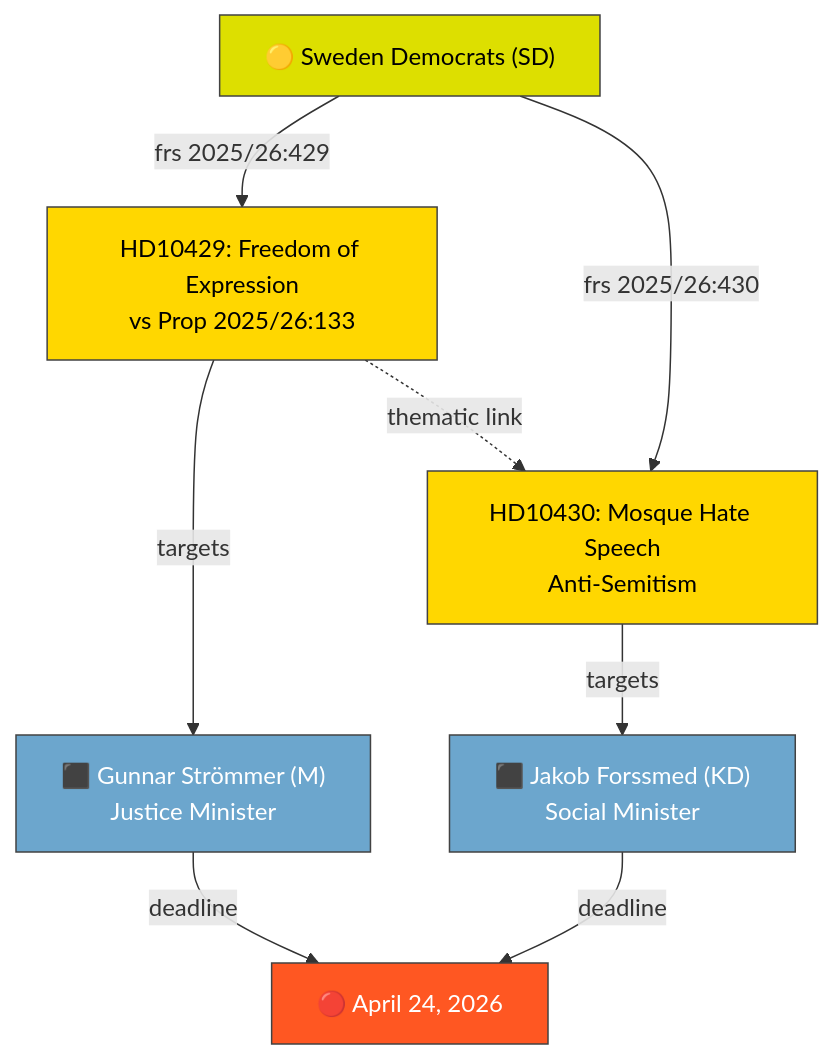
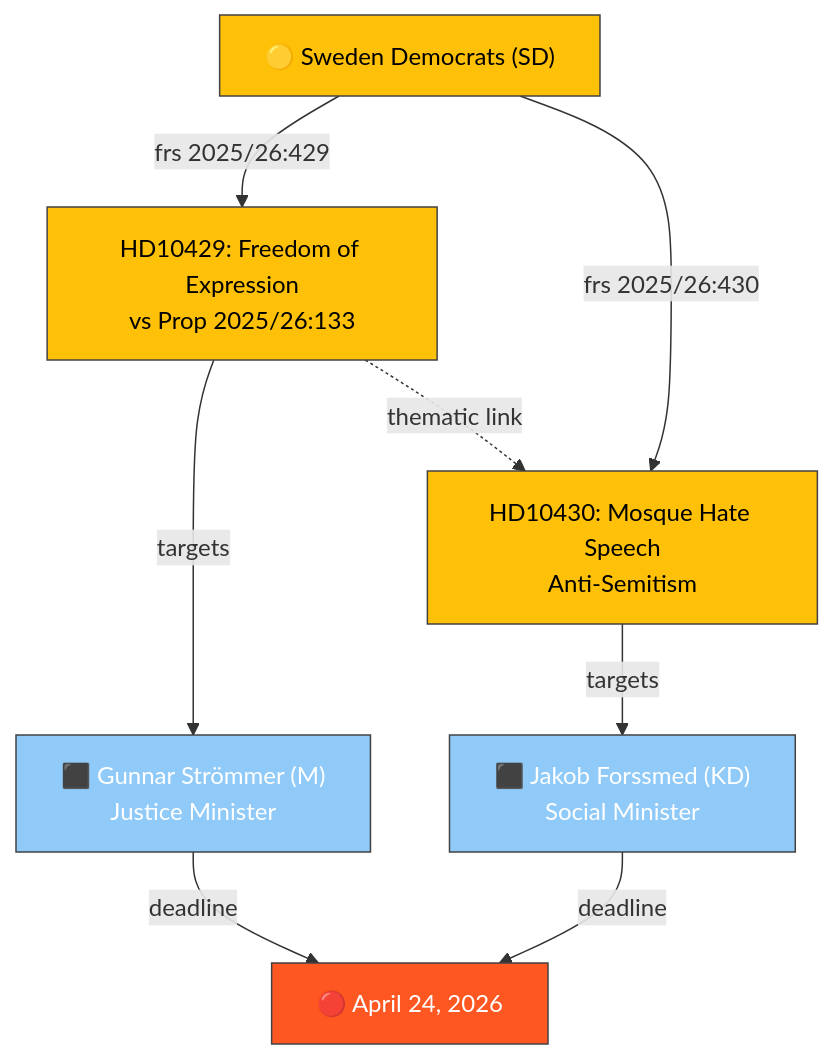
Before and after one commit to Hack23/riksdagsmonitor: the diagram in analysis/daily/2026-04-13/interpellations/synthesis-summary.md, drawn with Mermaid. The commit also changed 121 other files, not shown here.

````diff
--- a/analysis/daily/2026-04-13/interpellations/synthesis-summary.md
+++ b/analysis/daily/2026-04-13/interpellations/synthesis-summary.md
@@ -44,21 +44,21 @@
 ```mermaid
 graph TD
     SD["🟡 Sweden Democrats (SD)"]
     SD -->|"frs 2025/26:429"| IP1["HD10429: Freedom of Expression<br/>vs Prop 2025/26:133"]
     SD -->|"frs 2025/26:430"| IP2["HD10430: Mosque Hate Speech<br/>Anti-Semitism"]
     
     IP1 -->|"targets"| MS["⬛ Gunnar Strömmer (M)<br/>Justice Minister"]
     IP2 -->|"targets"| JF["⬛ Jakob Forssmed (KD)<br/>Social Minister"]
     
     IP1 -.->|"thematic link"| IP2
     
     MS -->|"deadline"| D1["🔴 April 24, 2026"]
     JF -->|"deadline"| D1
     
-    style SD fill:#DDDF00,stroke:#424242,color:#000000
-    style MS fill:#6CA6CD,stroke:#424242,color:#FFFFFF
-    style JF fill:#6CA6CD,stroke:#424242,color:#FFFFFF
+    style SD fill:#FFC107,stroke:#424242,color:#000000
+    style MS fill:#90CAF9,stroke:#424242,color:#FFFFFF
+    style JF fill:#90CAF9,stroke:#424242,color:#FFFFFF
     style D1 fill:#FF5722,stroke:#424242,color:#FFFFFF
-    style IP1 fill:#FFD700,stroke:#424242,color:#000000
-    style IP2 fill:#FFD700,stroke:#424242,color:#000000
+    style IP1 fill:#FFC107,stroke:#424242,color:#000000
+    style IP2 fill:#FFC107,stroke:#424242,color:#000000
 ```
````
